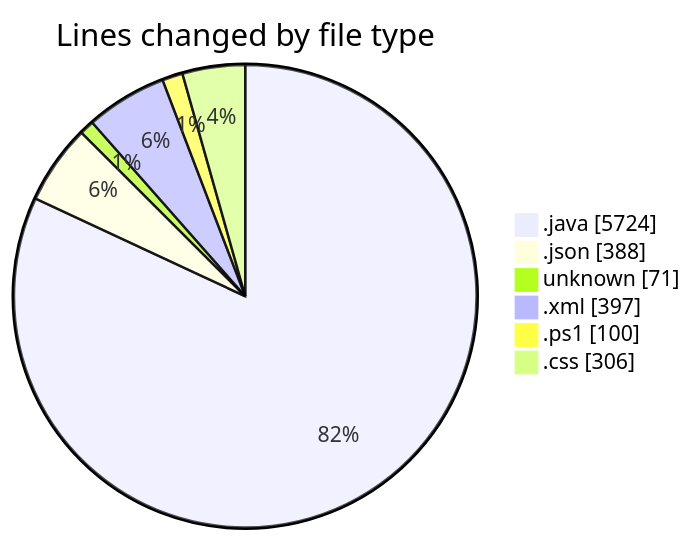
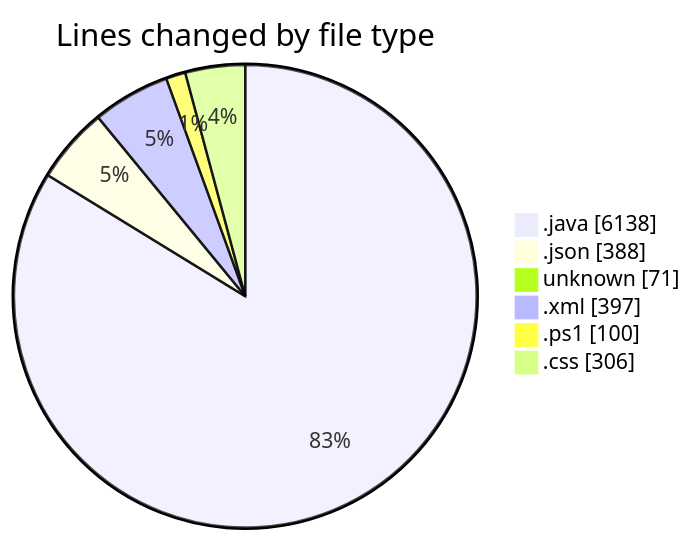
One commit to charlie-sans/code-tracking changed the first of 2 diagrams in 2025-02-25/micros/README.md. Above: the diagram before and after it, drawn with Mermaid. The commit also changed other lines of this file and 1 other file, not shown here.

````diff
--- a/2025-02-25/micros/README.md
+++ b/2025-02-25/micros/README.md
@@ -49,10 +52,10 @@
 ```mermaid
 pie showData
 title Lines changed by file type
-".java" : 5724
+".java" : 6138
 ".json" : 388
 "unknown" : 71
 ".xml" : 397
 ".ps1" : 100
 ".css" : 306
 ```
````
